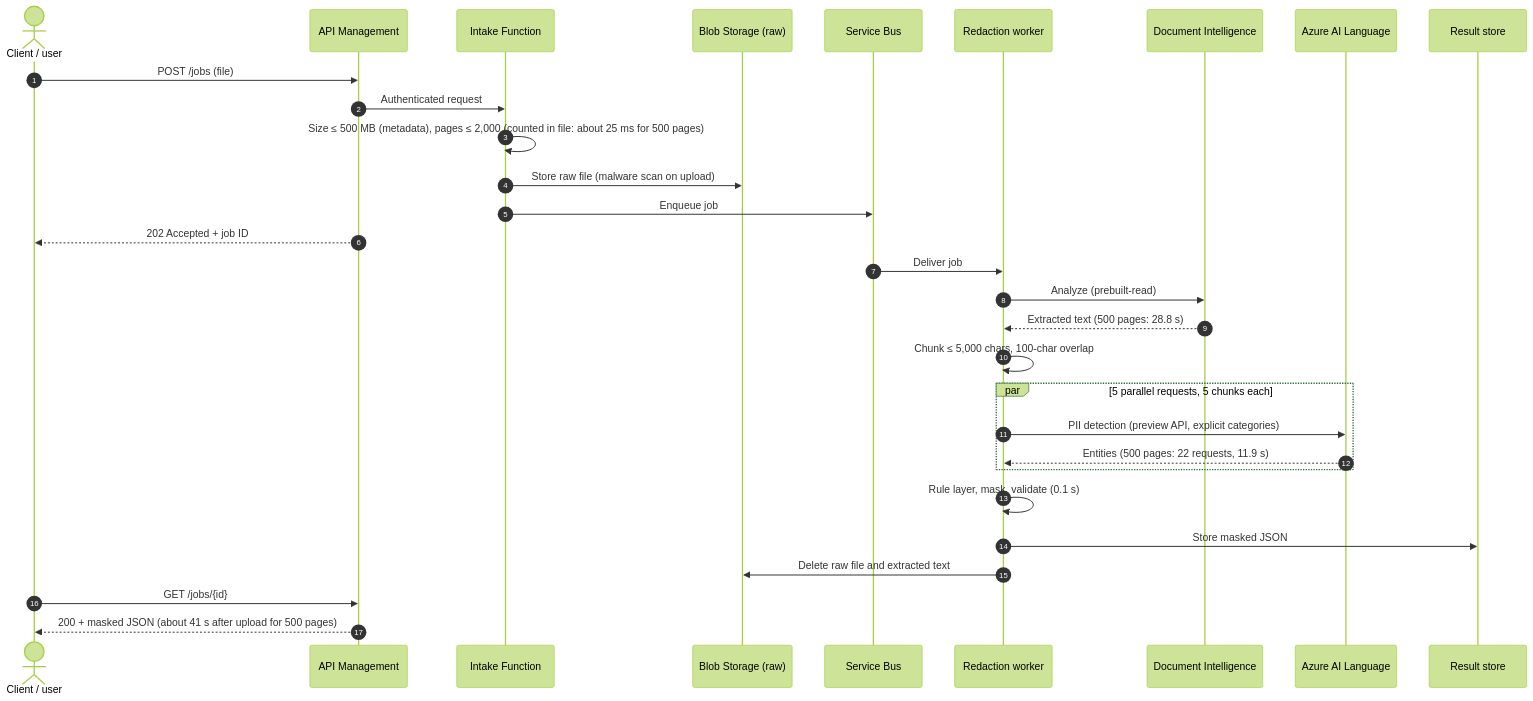
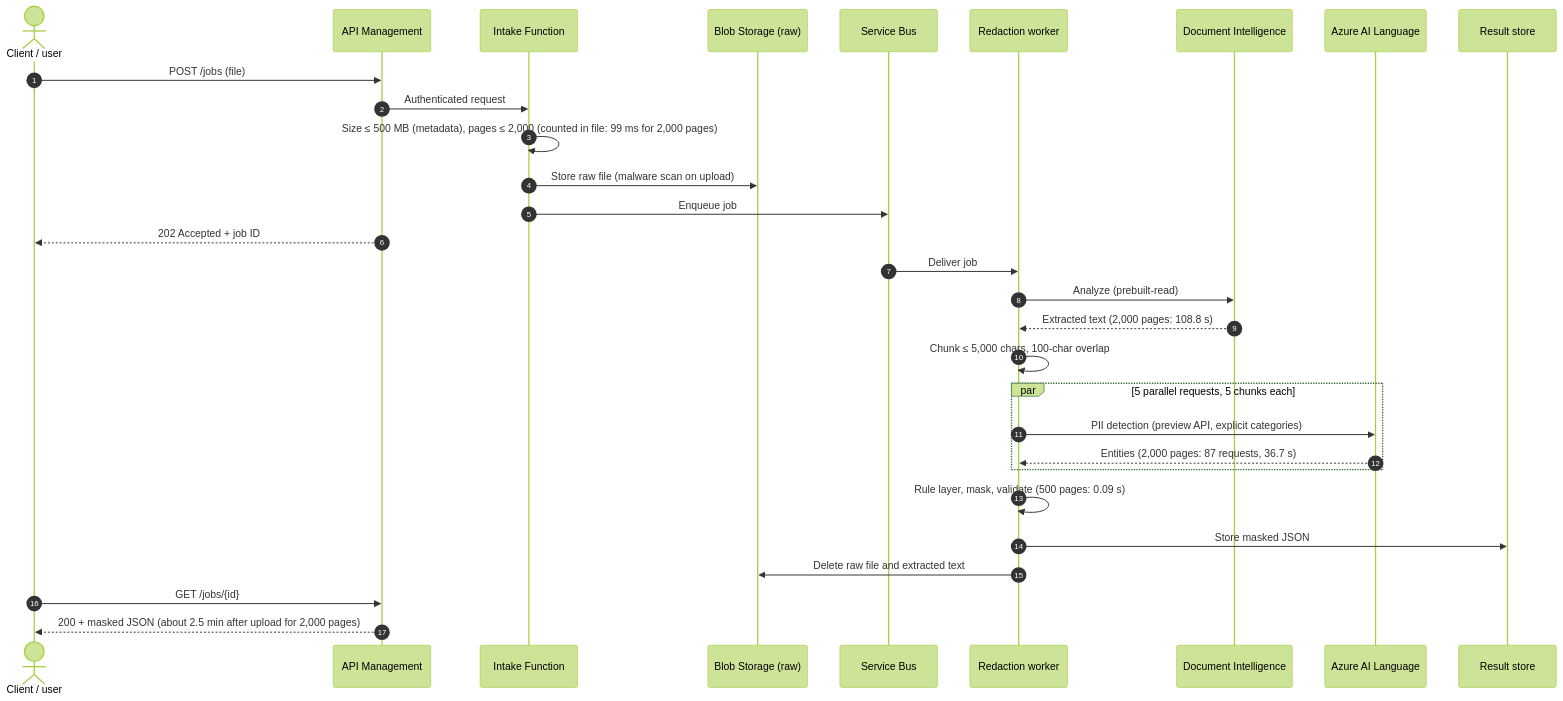
Before and after one commit to kkadapa/pci-pii-document-redaction: the diagram in docs/architecture.md, drawn with Mermaid (forest theme). The commit also changed other lines of this file and 6 other files, not shown here.

````diff
--- a/docs/architecture.md
+++ b/docs/architecture.md
@@ -27,33 +27,33 @@
 ```mermaid
 sequenceDiagram
     autonumber
     actor U as Client / user
     participant A as API Management
     participant I as Intake Function
     participant B as Blob Storage (raw)
     participant Q as Service Bus
     participant W as Redaction worker
     participant D as Document Intelligence
     participant L as Azure AI Language
     participant R as Result store
 
     U->>A: POST /jobs (file)
     A->>I: Authenticated request
-    I->>I: Size ≤ 500 MB (metadata), pages ≤ 2,000 (counted in file: about 25 ms for 500 pages)
+    I->>I: Size ≤ 500 MB (metadata), pages ≤ 2,000 (counted in file: 99 ms for 2,000 pages)
     I->>B: Store raw file (malware scan on upload)
     I->>Q: Enqueue job
     A-->>U: 202 Accepted + job ID
     Q->>W: Deliver job
     W->>D: Analyze (prebuilt-read)
-    D-->>W: Extracted text (500 pages: 28.8 s)
+    D-->>W: Extracted text (2,000 pages: 108.8 s)
     W->>W: Chunk ≤ 5,000 chars, 100-char overlap
     par 5 parallel requests, 5 chunks each
         W->>L: PII detection (preview API, explicit categories)
-        L-->>W: Entities (500 pages: 22 requests, 11.9 s)
+        L-->>W: Entities (2,000 pages: 87 requests, 36.7 s)
     end
-    W->>W: Rule layer, mask, validate (0.1 s)
+    W->>W: Rule layer, mask, validate (500 pages: 0.09 s)
     W->>R: Store masked JSON
     W->>B: Delete raw file and extracted text
     U->>A: GET /jobs/{id}
-    A-->>U: 200 + masked JSON (about 41 s after upload for 500 pages)
+    A-->>U: 200 + masked JSON (about 2.5 min after upload for 2,000 pages)
 ```
````
